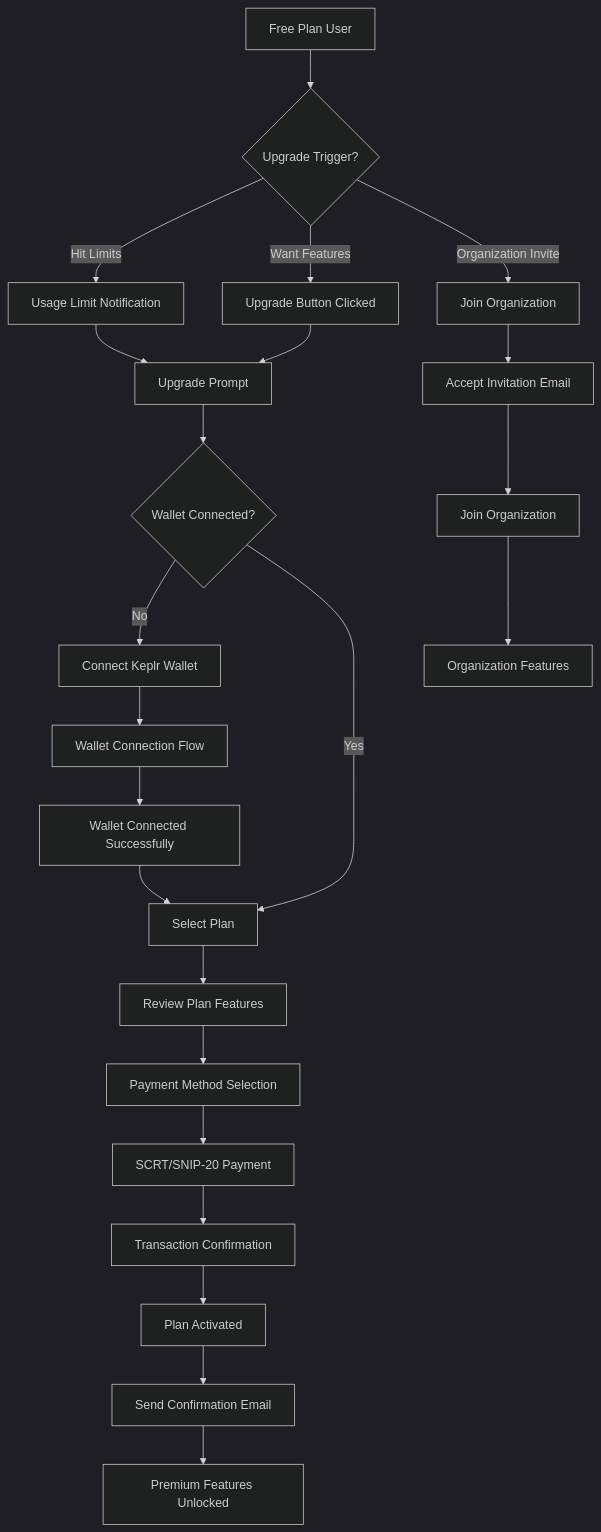
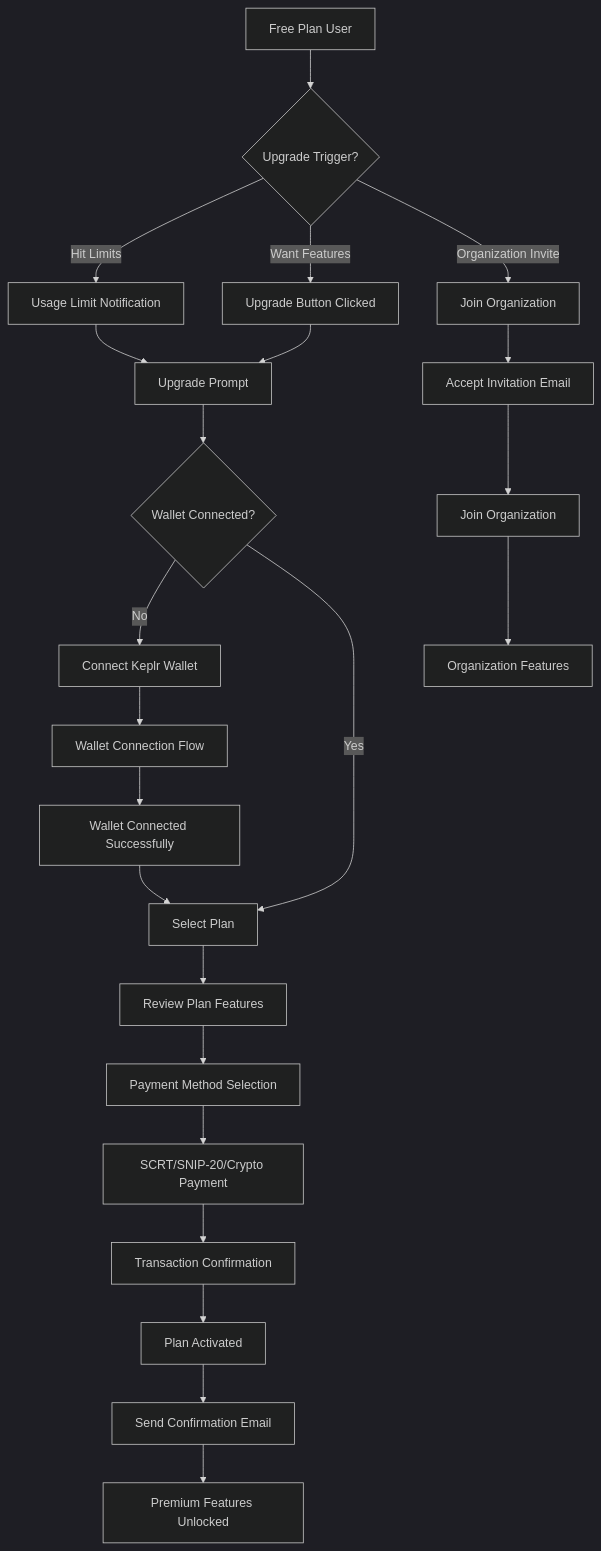
One commit to harystyleseze/privexbot-scope changed the third of 6 diagrams in architecture-guide.md. Above: the diagram before and after it, drawn with Mermaid (dark theme). The commit also changed other lines of this file, not shown here.

````diff
--- a/architecture-guide.md
+++ b/architecture-guide.md
@@ -1068,30 +1068,30 @@
 ```mermaid
 graph TD
     A[Free Plan User] --> B{Upgrade Trigger?}
     B -->|Hit Limits| C[Usage Limit Notification]
     B -->|Want Features| D[Upgrade Button Clicked]
     B -->|Organization Invite| E[Join Organization]
 
     C --> F[Upgrade Prompt]
     D --> F
 
     F --> G{Wallet Connected?}
     G -->|No| H[Connect Keplr Wallet]
     G -->|Yes| I[Select Plan]
 
     H --> J[Wallet Connection Flow]
     J --> K[Wallet Connected Successfully]
     K --> I
 
     I --> L[Review Plan Features]
     L --> M[Payment Method Selection]
-    M --> N[SCRT/SNIP-20 Payment]
+    M --> N[SCRT/SNIP-20/Crypto Payment]
     N --> O[Transaction Confirmation]
     O --> P[Plan Activated]
     P --> Q[Send Confirmation Email]
     Q --> R[Premium Features Unlocked]
 
     E --> S[Accept Invitation Email]
     S --> T[Join Organization]
     T --> U[Organization Features]
 ```
````
